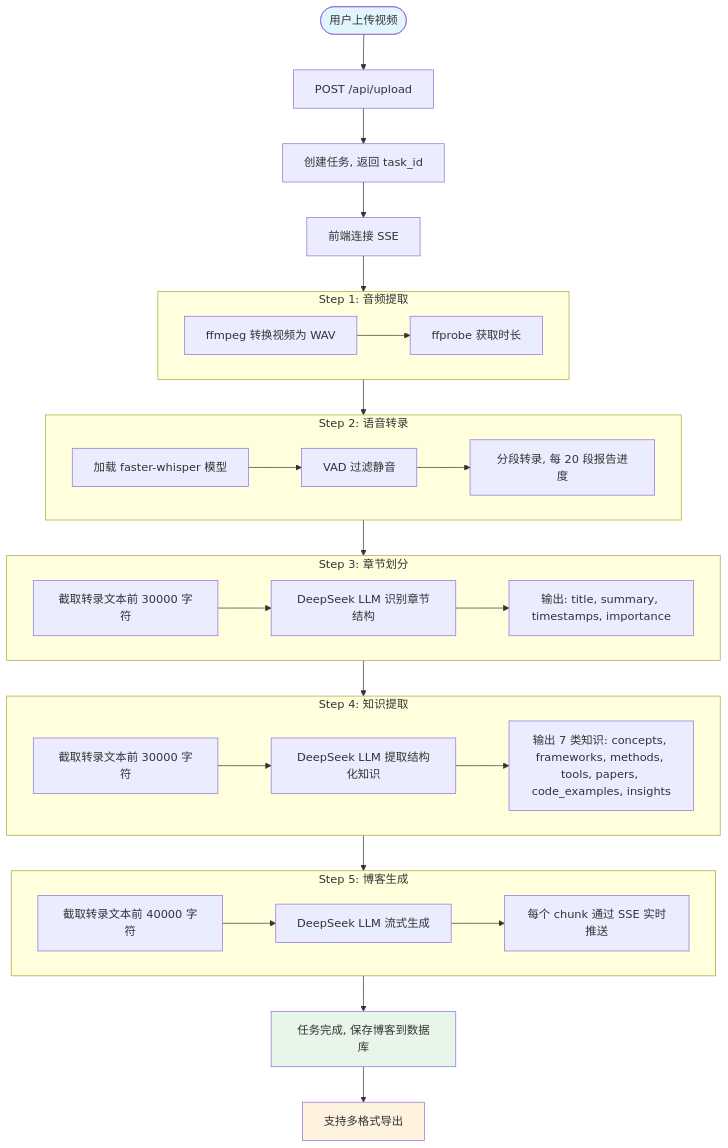
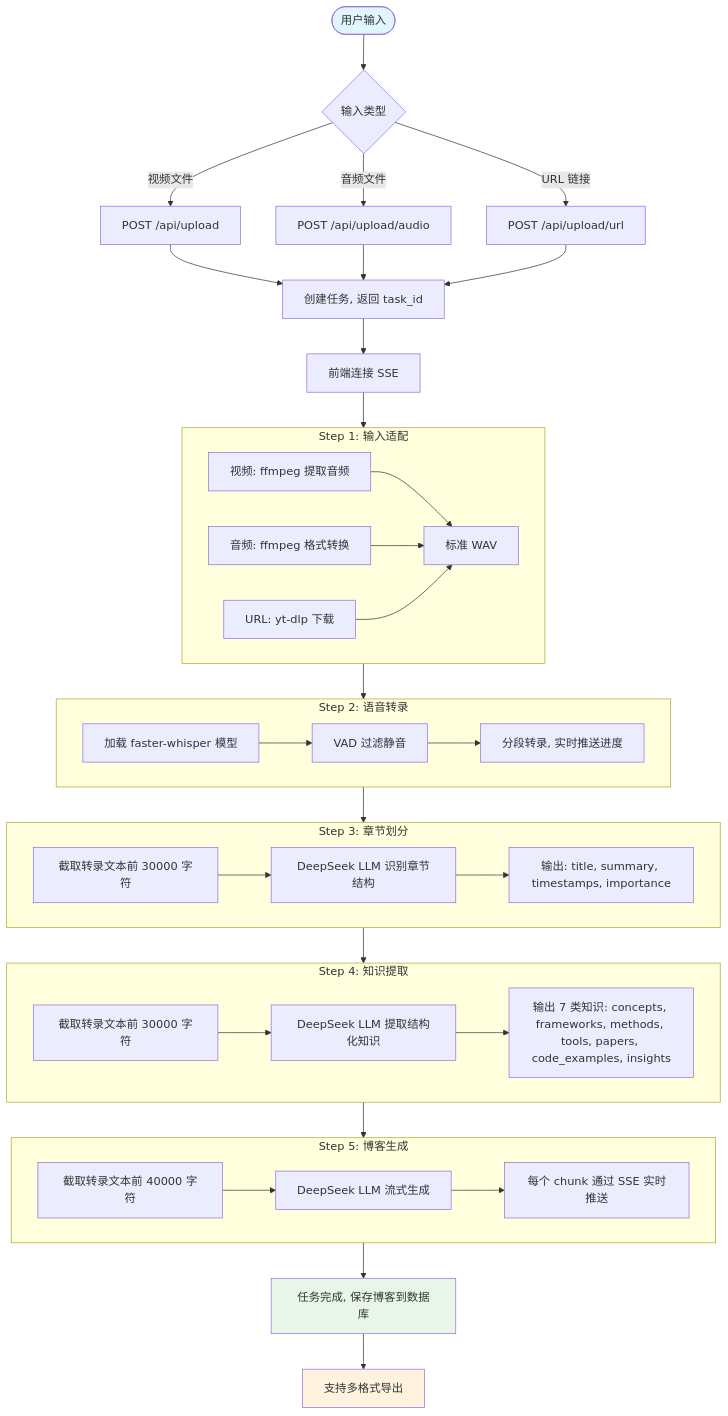
One commit to guyue356/Video2TechBlog changed the second of 3 diagrams in README.md. Above: the diagram before and after it, drawn with Mermaid. The commit also changed other lines of this file and 22 other files, not shown here.

````diff
--- a/README.md
+++ b/README.md
@@ -147,46 +159,52 @@
 ```mermaid
 flowchart TD
-    Start([用户上传视频]) --> Upload[POST /api/upload]
-    Upload --> Task[创建任务, 返回 task_id]
+    Start([用户输入]) --> Input{输入类型}
+    Input -->|视频文件| V1[POST /api/upload]
+    Input -->|音频文件| V2[POST /api/upload/audio]
+    Input -->|URL 链接| V3[POST /api/upload/url]
+
+    V1 & V2 & V3 --> Task[创建任务, 返回 task_id]
     Task --> Connect[前端连接 SSE]
-    Connect --> Step1
+    Connect --> Step0
 
-    subgraph Step1[Step 1: 音频提取]
-        S1A[ffmpeg 转换视频为 WAV] --> S1B[ffprobe 获取时长]
+    subgraph Step0[Step 1: 输入适配]
+        S0A[视频: ffmpeg 提取音频] --> S0W[标准 WAV]
+        S0B[音频: ffmpeg 格式转换] --> S0W
+        S0C[URL: yt-dlp 下载] --> S0W
     end
 
-    Step1 --> Step2
+    Step0 --> Step2
 
     subgraph Step2[Step 2: 语音转录]
         S2A[加载 faster-whisper 模型] --> S2B[VAD 过滤静音]
-        S2B --> S2C[分段转录, 每 20 段报告进度]
+        S2B --> S2C[分段转录, 实时推送进度]
     end
 
     Step2 --> Step3
 
     subgraph Step3[Step 3: 章节划分]
         S3A[截取转录文本前 30000 字符] --> S3B[DeepSeek LLM 识别章节结构]
         S3B --> S3C[输出: title, summary, timestamps, importance]
     end
 
     Step3 --> Step4
 
     subgraph Step4[Step 4: 知识提取]
         S4A[截取转录文本前 30000 字符] --> S4B[DeepSeek LLM 提取结构化知识]
         S4B --> S4C[输出 7 类知识: concepts, frameworks, methods, tools, papers, code_examples, insights]
     end
 
     Step4 --> Step5
 
     subgraph Step5[Step 5: 博客生成]
         S5A[截取转录文本前 40000 字符] --> S5B[DeepSeek LLM 流式生成]
         S5B --> S5C[每个 chunk 通过 SSE 实时推送]
     end
 
     Step5 --> Complete[任务完成, 保存博客到数据库]
     Complete --> Export[支持多格式导出]
 
     style Start fill:#e1f5fe
     style Complete fill:#e8f5e9
     style Export fill:#fff3e0
 ```
````
